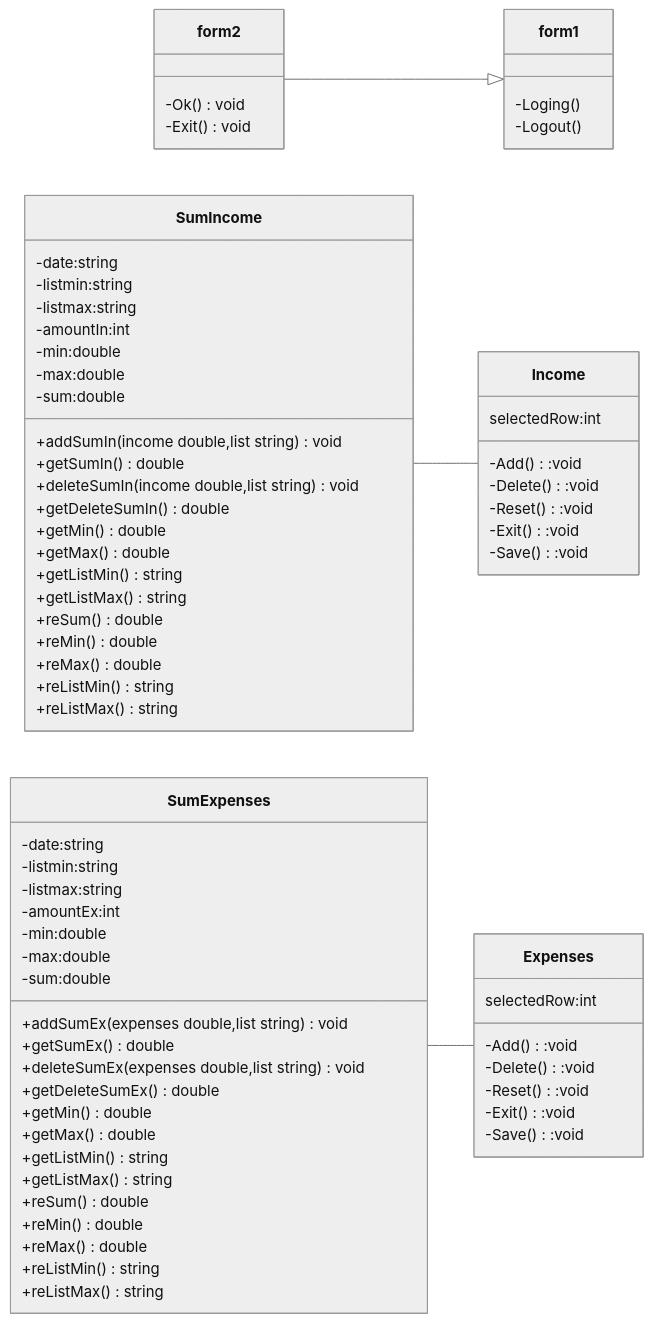
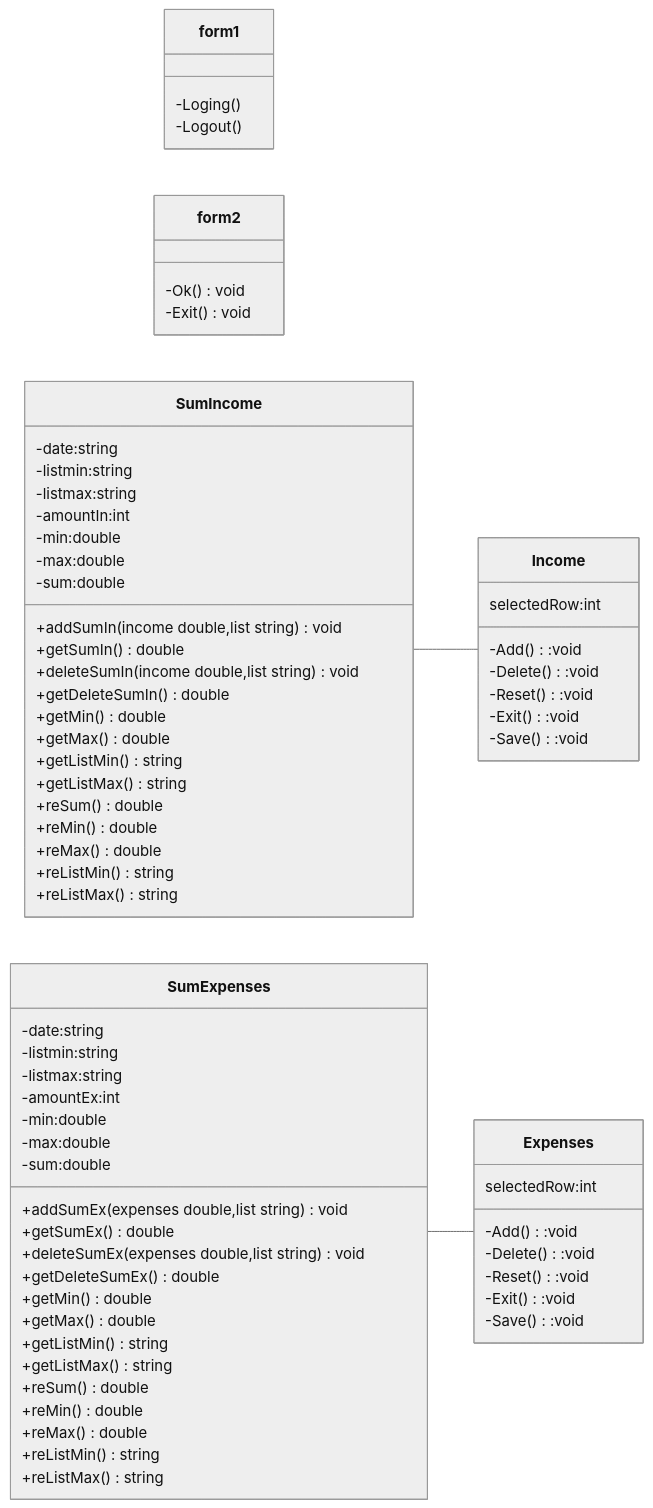
Before and after one commit to Naphapilan/Final-Project: the diagram in README.md, drawn with Mermaid (neutral theme). The commit also changed other lines of this file, not shown here.

````diff
--- a/README.md
+++ b/README.md
@@ -12,75 +14,74 @@
 ```mermaid
 classDiagram
   direction LR
   class form1{
   -Loging()
   -Logout()
   }
   class form2{
   -Ok()void
   -Exit()void
   }
   class Income{
   selectedRow:int 
   -Add():void
   -Delete():void
   -Reset():void
   -Exit():void
   -Save():void
   }
   class Expenses{
    selectedRow:int 
   -Add():void
   -Delete():void
   -Reset():void
   -Exit():void
   -Save():void
   }
   class SumIncome{
   -date:string
   -listmin:string
   -listmax:string
   -amountIn:int
   -min:double
   -max:double
   -sum:double
   +addSumIn(income double,list string)void
   +getSumIn()double
   +deleteSumIn(income double,list string)void
   +getDeleteSumIn()double
   +getMin()double
   +getMax()double
   +getListMin()string
   +getListMax()string
   +reSum()double
   +reMin()double
   +reMax()double
   +reListMin()string
   +reListMax()string
   }
   class SumExpenses{
   -date:string
   -listmin:string
   -listmax:string
   -amountEx:int
   -min:double
   -max:double
   -sum:double
   +addSumEx(expenses double,list string)void
   +getSumEx()double
   +deleteSumEx(expenses double,list string)void
   +getDeleteSumEx()double
   +getMin()double
   +getMax()double
   +getListMin()string
   +getListMax()string
   +reSum()double
   +reMin()double
   +reMax()double
   +reListMin()string
   +reListMax()string
   }
-  form2 --|> form1
   SumExpenses -- Expenses
   SumIncome -- Income
 ```
````
